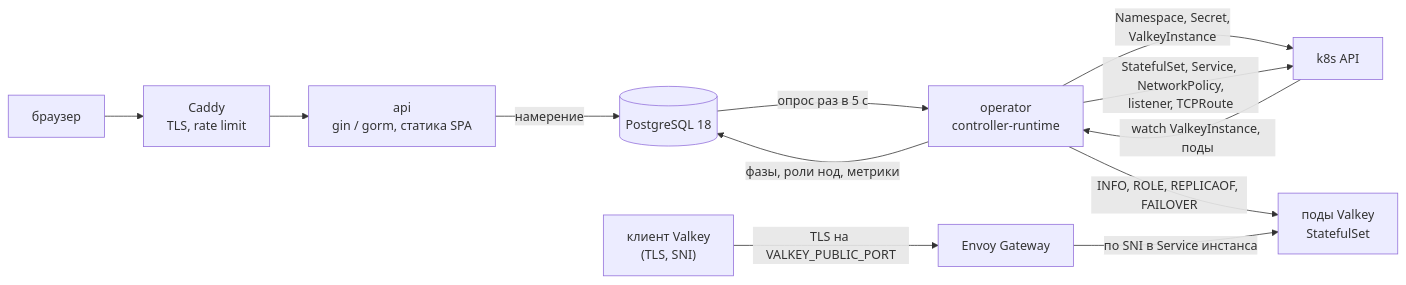
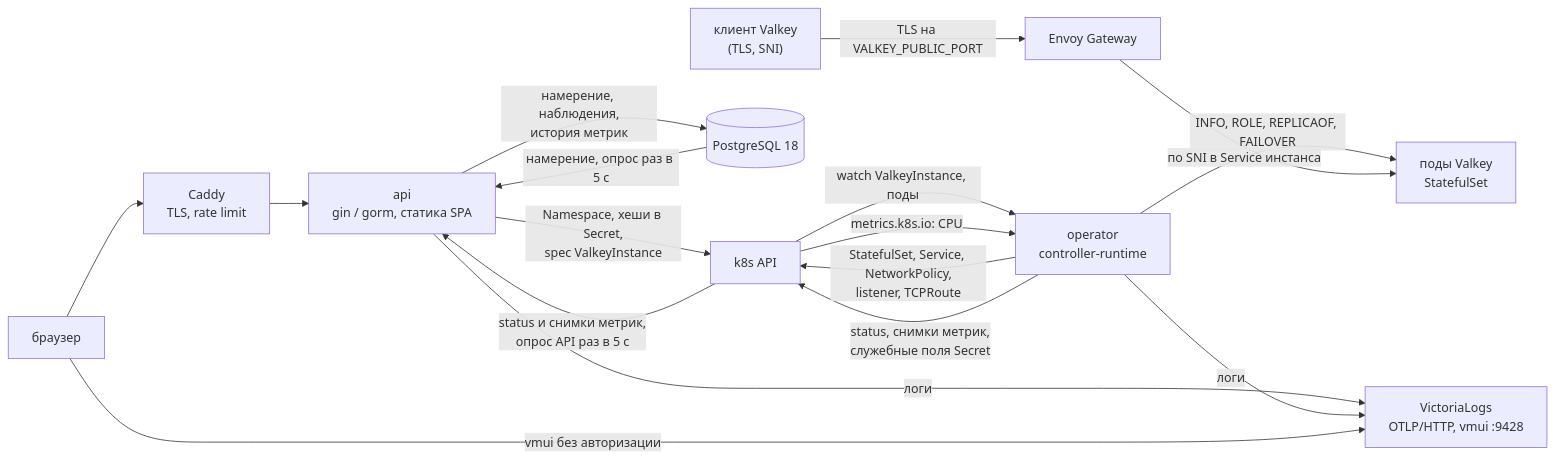
One commit to RostislavDugin/managed-valkey changed the first of 2 diagrams in SYSTEM.md. Above: the diagram before and after it, drawn with Mermaid. The commit also changed other lines of this file and 1 other file, not shown here.

````diff
--- a/SYSTEM.md
+++ b/SYSTEM.md
@@ -123,24 +98,30 @@
 ```mermaid
 flowchart LR
     client["клиент Valkey<br/>(TLS, SNI)"]
     browser["браузер"]
     caddy["Caddy<br/>TLS, rate limit"]
     api["api<br/>gin / gorm, статика SPA"]
     pg[("PostgreSQL 18")]
+    vl["VictoriaLogs<br/>OTLP/HTTP, vmui :9428"]
     k8s["k8s API"]
     operator["operator<br/>controller-runtime"]
     gw["Envoy Gateway"]
     pods["поды Valkey<br/>StatefulSet"]
 
     browser --> caddy
     caddy --> api
-    api -- "намерение" --> pg
-    pg -- "опрос раз в 5 с" --> operator
-    operator -- "Namespace, Secret,<br/>ValkeyInstance" --> k8s
+    api -- "намерение, наблюдения,<br/>история метрик" --> pg
+    pg -- "намерение, опрос раз в 5 с" --> api
+    api -- "Namespace, хеши в Secret,<br/>spec ValkeyInstance" --> k8s
+    k8s -- "status и снимки метрик,<br/>опрос API раз в 5 с" --> api
     k8s -- "watch ValkeyInstance, поды" --> operator
     operator -- "StatefulSet, Service, NetworkPolicy,<br/>listener, TCPRoute" --> k8s
     operator -- "INFO, ROLE, REPLICAOF, FAILOVER" --> pods
-    operator -- "фазы, роли нод, метрики" --> pg
+    operator -- "status, снимки метрик,<br/>служебные поля Secret" --> k8s
+    k8s -- "metrics.k8s.io: CPU" --> operator
+    api -- "логи" --> vl
+    operator -- "логи" --> vl
+    browser -- "vmui без авторизации" --> vl
     client -- "TLS на VALKEY_PUBLIC_PORT" --> gw
     gw -- "по SNI в Service инстанса" --> pods
 ```
````
